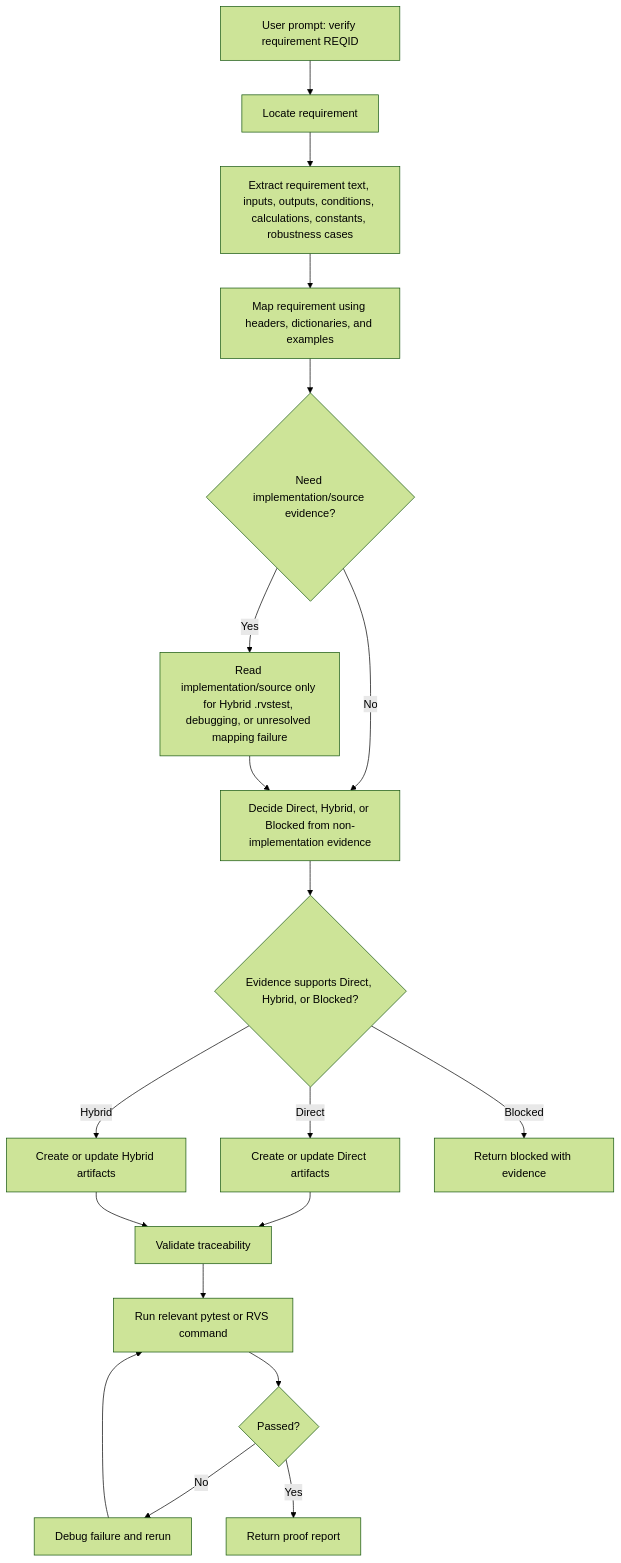
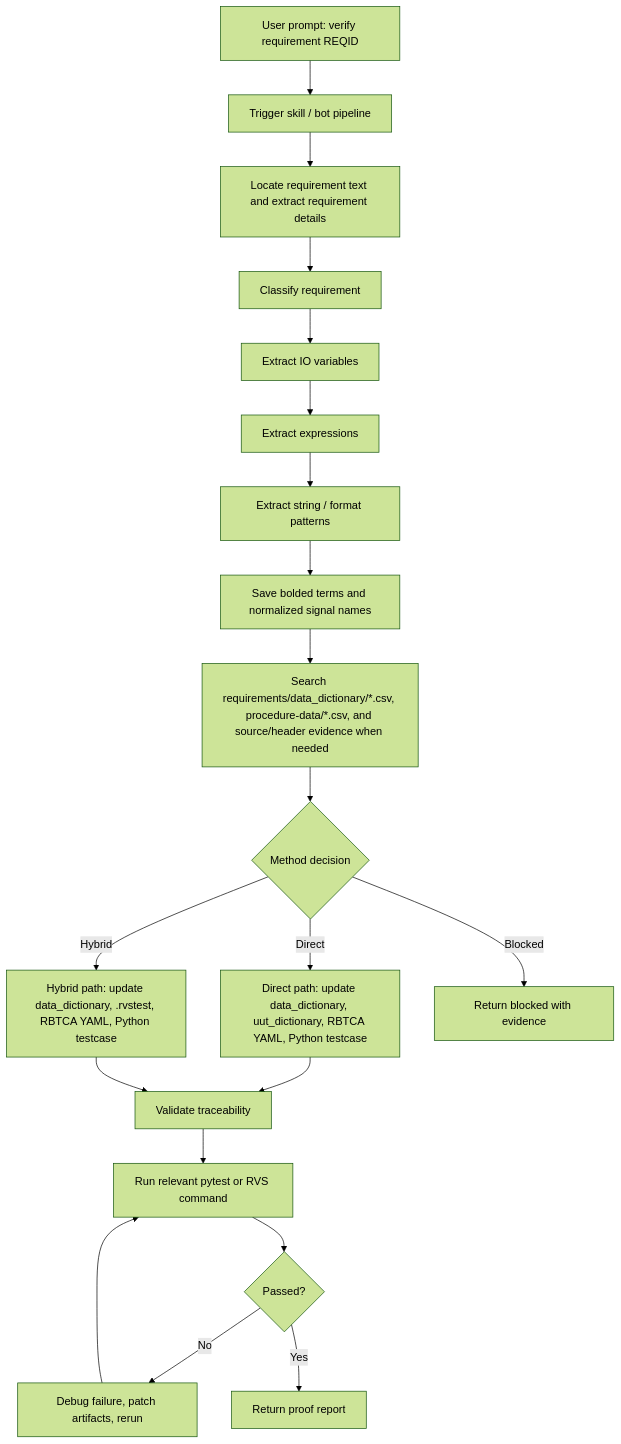
The second of 2 diagrams in verification-automation/llt_verification/references/flow.md (gogula04/MultiAgent), drawn with Mermaid (forest theme) before and after one commit. The commit also changed other lines of this file and 10 other files, not shown here.

````diff
--- a/verification-automation/llt_verification/references/flow.md
+++ b/verification-automation/llt_verification/references/flow.md
@@ -3,21 +20,22 @@
 ```mermaid
 flowchart TD
-    A["User prompt: verify requirement REQID"] --> B["Locate requirement"]
-    B --> C["Extract requirement text, inputs, outputs, conditions, calculations, constants, robustness cases"]
-    C --> D["Map requirement using headers, dictionaries, and examples"]
-    D --> E{"Need implementation/source evidence?"}
-    E -->|No| F["Decide Direct, Hybrid, or Blocked from non-implementation evidence"]
-    E -->|Yes| G["Read implementation/source only for Hybrid .rvstest, debugging, or unresolved mapping failure"]
-    G --> F
-    F --> H{"Evidence supports Direct, Hybrid, or Blocked?"}
-    H -->|Direct| I["Create or update Direct artifacts"]
-    H -->|Hybrid| J["Create or update Hybrid artifacts"]
-    H -->|Blocked| K["Return blocked with evidence"]
-    I --> L["Validate traceability"]
-    J --> L
-    L --> M["Run relevant pytest or RVS command"]
-    M --> N{"Passed?"}
-    N -->|No| O["Debug failure and rerun"]
-    O --> M
-    N -->|Yes| P["Return proof report"]
+    A["User prompt: verify requirement REQID"] --> B["Trigger skill / bot pipeline"]
+    B --> C["Locate requirement text and extract requirement details"]
+    C --> D["Classify requirement"]
+    D --> E["Extract IO variables"]
+    E --> F["Extract expressions"]
+    F --> G["Extract string / format patterns"]
+    G --> H["Save bolded terms and normalized signal names"]
+    H --> I["Search requirements/data_dictionary/*.csv, procedure-data/*.csv, and source/header evidence when needed"]
+    I --> J{"Method decision"}
+    J -->|Direct| K["Direct path: update data_dictionary, uut_dictionary, RBTCA YAML, Python testcase"]
+    J -->|Hybrid| L["Hybrid path: update data_dictionary, .rvstest, RBTCA YAML, Python testcase"]
+    J -->|Blocked| M["Return blocked with evidence"]
+    K --> N["Validate traceability"]
+    L --> N
+    N --> O["Run relevant pytest or RVS command"]
+    O --> P{"Passed?"}
+    P -->|No| Q["Debug failure, patch artifacts, rerun"]
+    Q --> O
+    P -->|Yes| R["Return proof report"]
 ```
````
